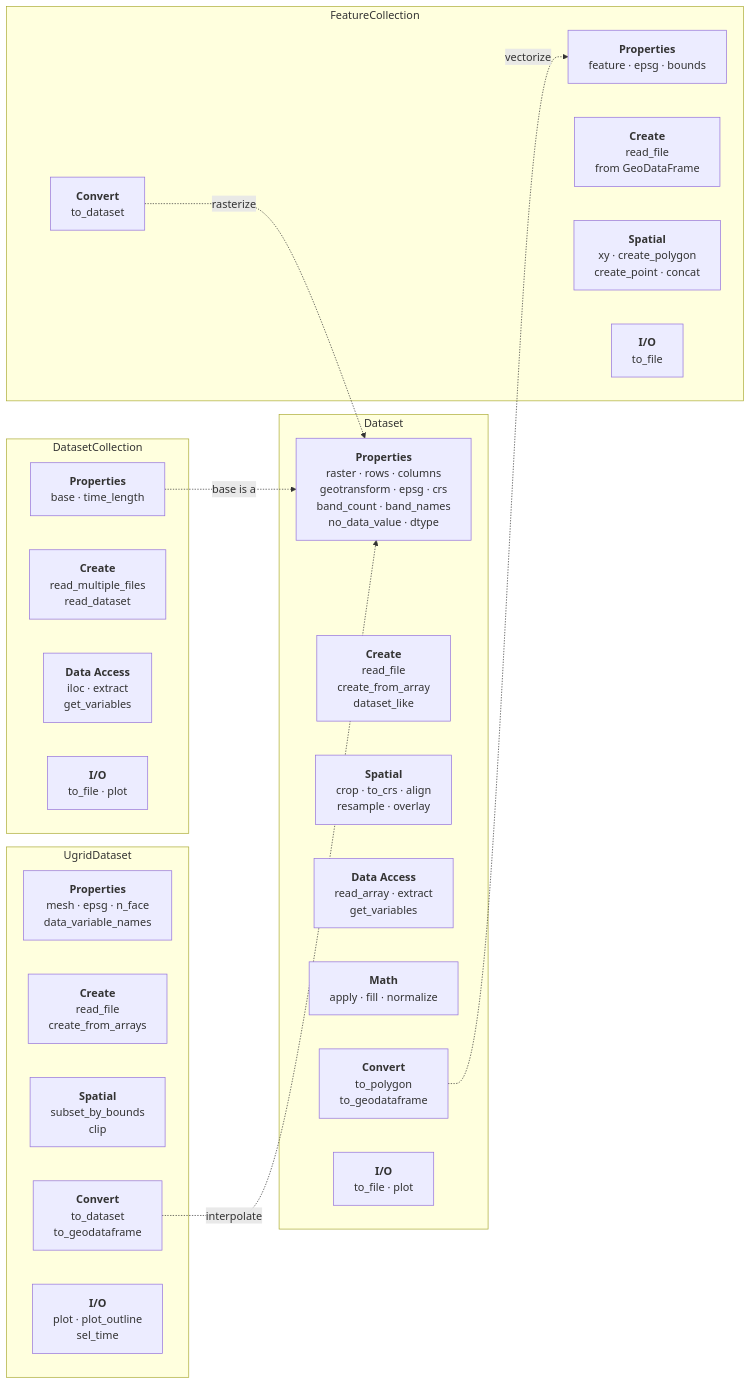
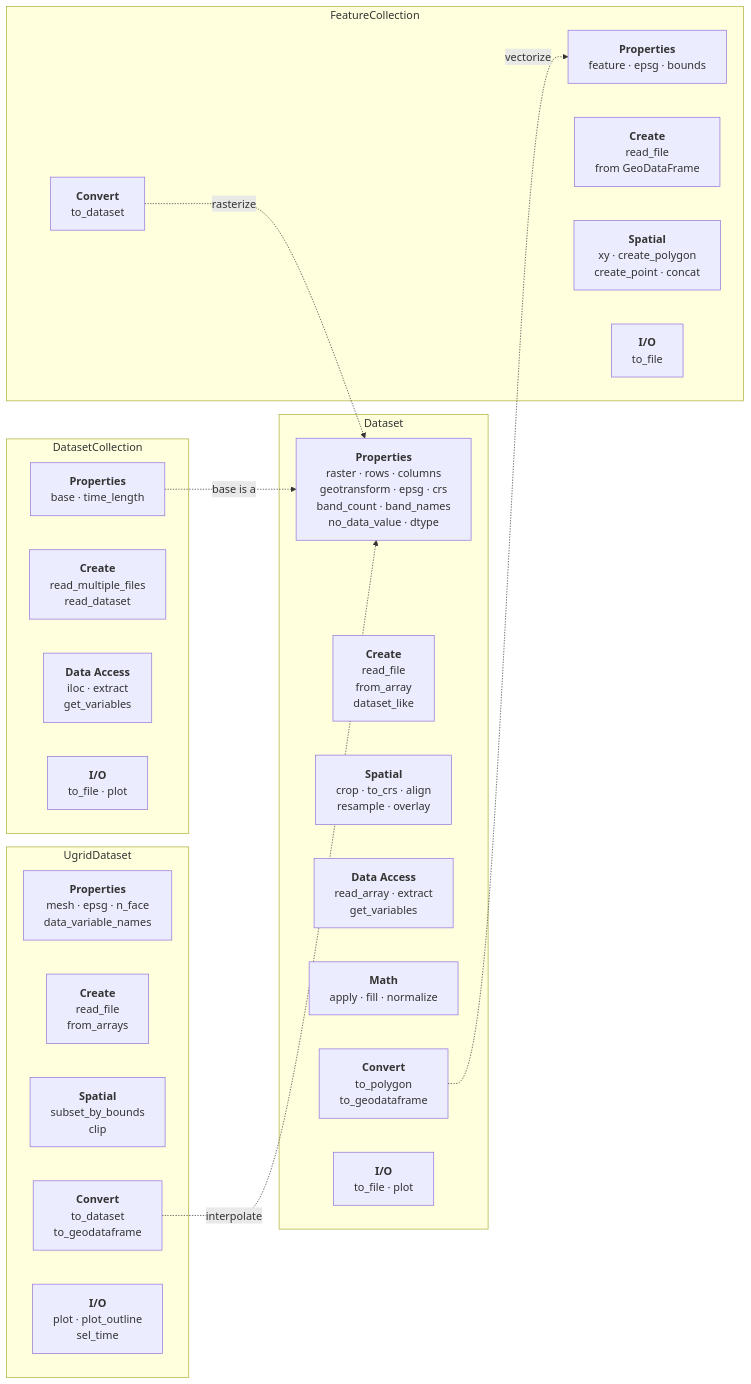
One commit to serapeum-org/pyramids changed the third of 4 diagrams in docs/overview/architecture.md. Above: the diagram before and after it, drawn with Mermaid. The commit also changed 246 other files, not shown here.

````diff
--- a/docs/overview/architecture.md
+++ b/docs/overview/architecture.md
@@ -83,40 +83,40 @@
 ```mermaid
 graph LR
     subgraph Dataset
         DS_props["<b>Properties</b><br/>raster · rows · columns<br/>geotransform · epsg · crs<br/>band_count · band_names<br/>no_data_value · dtype"]
-        DS_create["<b>Create</b><br/>read_file<br/>create_from_array<br/>dataset_like"]
+        DS_create["<b>Create</b><br/>read_file<br/>from_array<br/>dataset_like"]
         DS_spatial["<b>Spatial</b><br/>crop · to_crs · align<br/>resample · overlay"]
         DS_data["<b>Data Access</b><br/>read_array · extract<br/>get_variables"]
         DS_math["<b>Math</b><br/>apply · fill · normalize"]
         DS_convert["<b>Convert</b><br/>to_polygon<br/>to_geodataframe"]
         DS_io["<b>I/O</b><br/>to_file · plot"]
     end
 
     subgraph DatasetCollection
         DC_props["<b>Properties</b><br/>base · time_length"]
         DC_create["<b>Create</b><br/>read_multiple_files<br/>read_dataset"]
         DC_data["<b>Data Access</b><br/>iloc · extract<br/>get_variables"]
         DC_io["<b>I/O</b><br/>to_file · plot"]
     end
 
     subgraph FeatureCollection
         FC_props["<b>Properties</b><br/>feature · epsg · bounds"]
         FC_create["<b>Create</b><br/>read_file<br/>from GeoDataFrame"]
         FC_spatial["<b>Spatial</b><br/>xy · create_polygon<br/>create_point · concat"]
         FC_convert["<b>Convert</b><br/>to_dataset"]
         FC_io["<b>I/O</b><br/>to_file"]
     end
 
     subgraph UgridDataset
         UG_props["<b>Properties</b><br/>mesh · epsg · n_face<br/>data_variable_names"]
-        UG_create["<b>Create</b><br/>read_file<br/>create_from_arrays"]
+        UG_create["<b>Create</b><br/>read_file<br/>from_arrays"]
         UG_spatial["<b>Spatial</b><br/>subset_by_bounds<br/>clip"]
         UG_convert["<b>Convert</b><br/>to_dataset<br/>to_geodataframe"]
         UG_io["<b>I/O</b><br/>plot · plot_outline<br/>sel_time"]
     end
 
     DC_props -.->|"base is a"| DS_props
     FC_convert -.->|"rasterize"| DS_props
     UG_convert -.->|"interpolate"| DS_props
     DS_convert -.->|"vectorize"| FC_props
 ```
````
